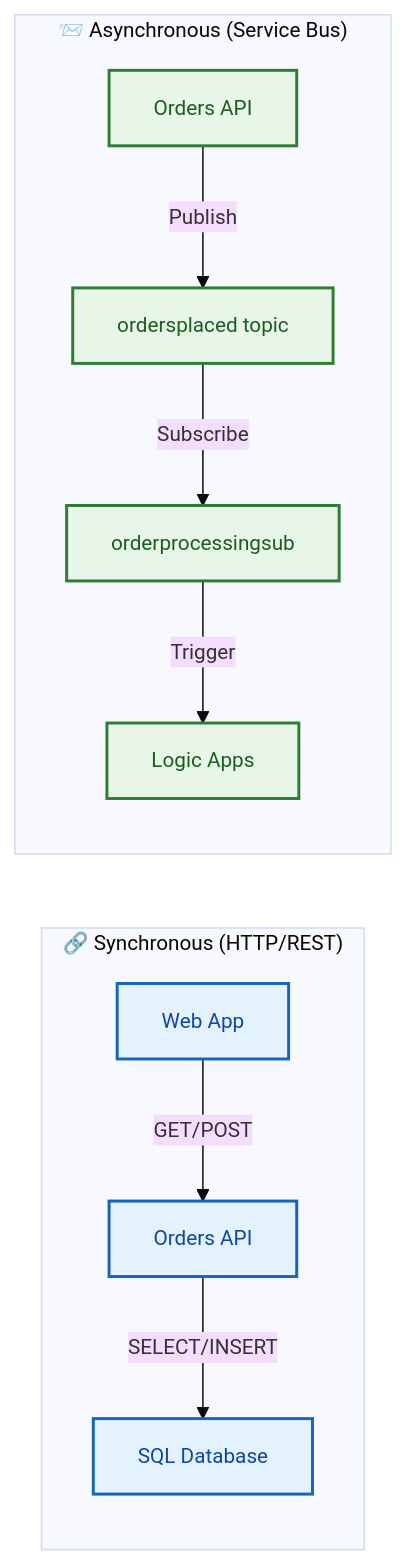
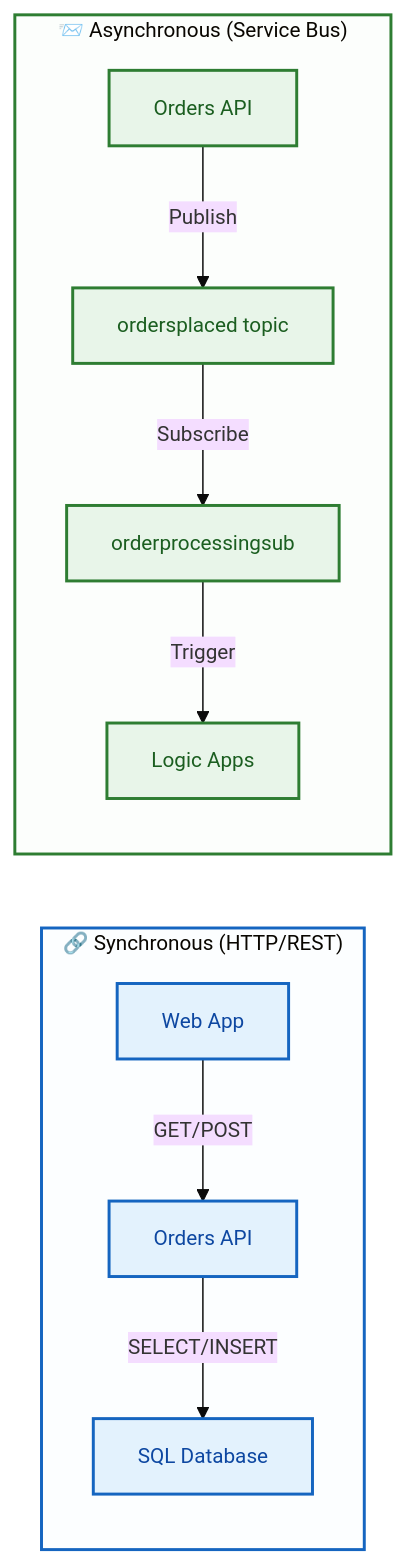
The fifth of 5 diagrams in docs/architecture/03-application-architecture.md (Evilazaro/Azure-LogicApps-Monitoring), drawn with Mermaid before and after one commit. The commit also changed other lines of this file and 1 other file, not shown here.

Commit message:
Enhance architecture diagrams with improved subgraph container styling for better visual layer grouping

````diff
--- a/docs/architecture/03-application-architecture.md
+++ b/docs/architecture/03-application-architecture.md
@@ -288,21 +302,25 @@
 ```mermaid
 %%{init: {'theme': 'base', 'themeVariables': { 'fontSize': '14px'}}}%%
 flowchart LR
     subgraph Sync["🔗 Synchronous (HTTP/REST)"]
         Web["Web App"] -->|"GET/POST"| API["Orders API"]
         API -->|"SELECT/INSERT"| DB["SQL Database"]
     end
 
     subgraph Async["📨 Asynchronous (Service Bus)"]
         API2["Orders API"] -->|"Publish"| Topic["ordersplaced topic"]
         Topic -->|"Subscribe"| Sub["orderprocessingsub"]
         Sub -->|"Trigger"| LA["Logic Apps"]
     end
 
     %% Accessible color palette for communication patterns
     classDef sync fill:#e3f2fd,stroke:#1565c0,stroke-width:2px,color:#0d47a1
     classDef async fill:#e8f5e9,stroke:#2e7d32,stroke-width:2px,color:#1b5e20
 
     class Web,API,DB sync
     class API2,Topic,Sub,LA async
+
+    %% Subgraph container styling for visual layer grouping
+    style Sync fill:#e3f2fd22,stroke:#1565c0,stroke-width:2px
+    style Async fill:#e8f5e922,stroke:#2e7d32,stroke-width:2px
 ```
````
